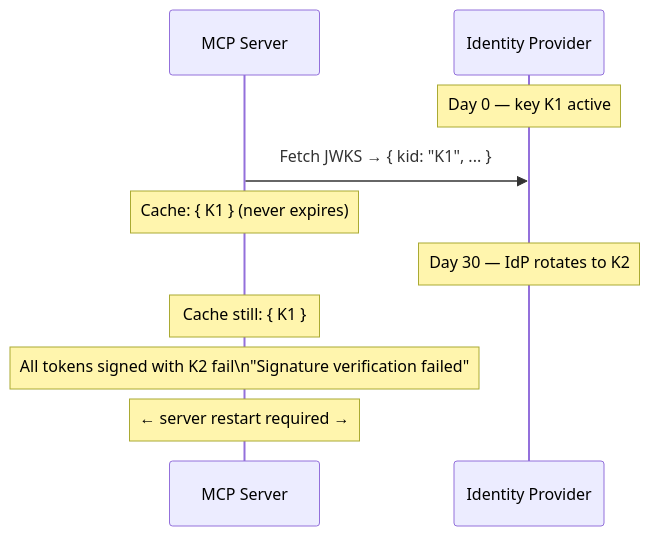
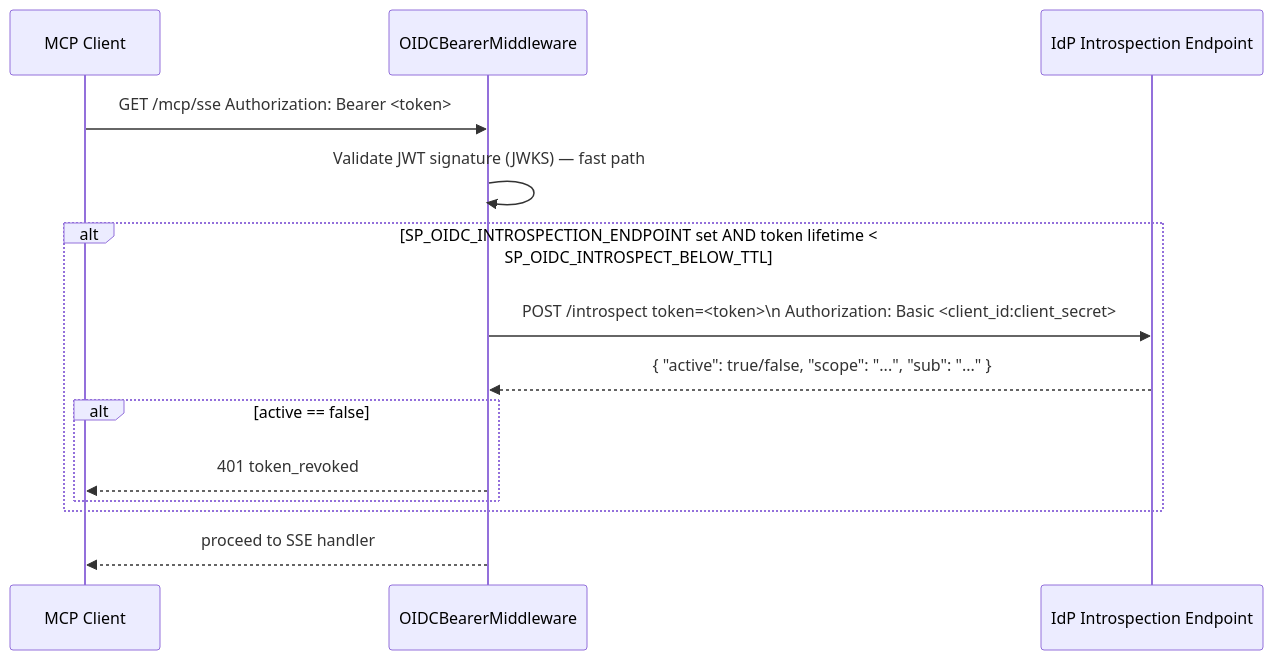
One commit to albee-jhoney/storage-protect-mcp-server changed the fourth of 4 diagrams in docs/analysis/security-oauth2-analysis.md. Above: the diagram before and after it, drawn with Mermaid. The commit also changed other lines of this file and 10 other files, not shown here.

````diff
--- a/docs/analysis/security-oauth2-analysis.md
+++ b/docs/analysis/security-oauth2-analysis.md
@@ -91,13 +243,17 @@
 ```mermaid
 sequenceDiagram
-    participant MCP as MCP Server
-    participant IDP as Identity Provider
+    participant C as MCP Client
+    participant MCP as OIDCBearerMiddleware
+    participant IDP as IdP Introspection Endpoint
 
-    Note over IDP: Day 0 — key K1 active
-    MCP->>IDP: Fetch JWKS  → { kid: "K1", ... }
-    Note over MCP: Cache: { K1 }  (never expires)
-    Note over IDP: Day 30 — IdP rotates to K2
-    Note over MCP: Cache still: { K1 }
-    Note over MCP: All tokens signed with K2 fail\n"Signature verification failed"
-    Note over MCP: ← server restart required →
+    C->>MCP: GET /mcp/sse  Authorization: Bearer <token>
+    MCP->>MCP: Validate JWT signature (JWKS) — fast path
+    alt SP_OIDC_INTROSPECTION_ENDPOINT set AND token lifetime < SP_OIDC_INTROSPECT_BELOW_TTL
+        MCP->>IDP: POST /introspect  token=<token>\n  Authorization: Basic <client_id:client_secret>
+        IDP-->>MCP: { "active": true/false, "scope": "...", "sub": "..." }
+        alt active == false
+            MCP-->>C: 401 token_revoked
+        end
+    end
+    MCP-->>C: proceed to SSE handler
 ```
````
